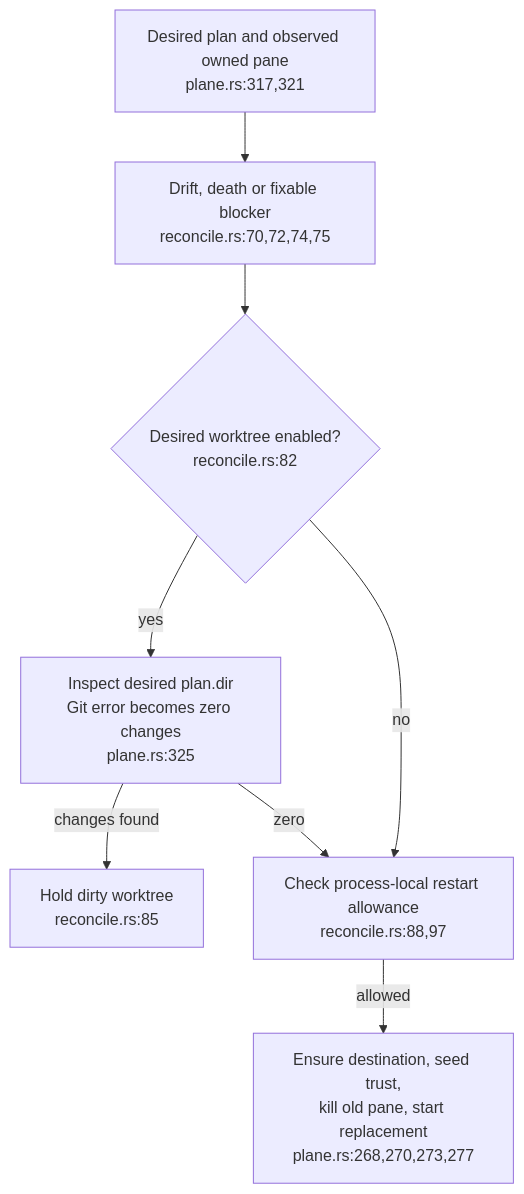
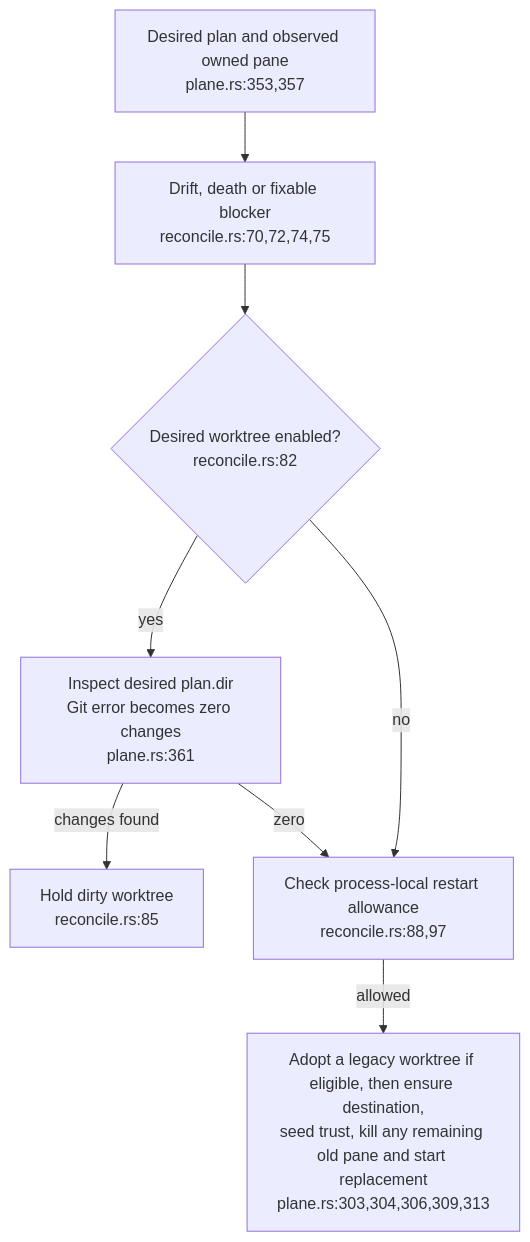
The first of 6 diagrams in docs/diagrams/agentbox/39-session-reconciliation-and-delivery.md (DreamLab-AI/VisionFlow), drawn with Mermaid before and after one commit. The commit also changed other lines of this file and 9 other files, not shown here.

````diff
--- a/docs/diagrams/agentbox/39-session-reconciliation-and-delivery.md
+++ b/docs/diagrams/agentbox/39-session-reconciliation-and-delivery.md
@@ -31,10 +32,10 @@
 ```mermaid
 flowchart TD
-    PLAN["Desired plan and observed owned pane<br/>plane.rs:317,321"] --> REASON["Drift, death or fixable blocker<br/>reconcile.rs:70,72,74,75"]
+    PLAN["Desired plan and observed owned pane<br/>plane.rs:353,357"] --> REASON["Drift, death or fixable blocker<br/>reconcile.rs:70,72,74,75"]
     REASON --> WT{"Desired worktree enabled?<br/>reconcile.rs:82"}
-    WT -->|yes| DIRTY["Inspect desired plan.dir<br/>Git error becomes zero changes<br/>plane.rs:325"]
+    WT -->|yes| DIRTY["Inspect desired plan.dir<br/>Git error becomes zero changes<br/>plane.rs:361"]
     DIRTY -->|changes found| HOLD["Hold dirty worktree<br/>reconcile.rs:85"]
     DIRTY -->|zero| BACK["Check process-local restart allowance<br/>reconcile.rs:88,97"]
     WT -->|no| BACK
-    BACK -->|allowed| START["Ensure destination, seed trust,<br/>kill old pane, start replacement<br/>plane.rs:268,270,273,277"]
+    BACK -->|allowed| START["Adopt a legacy worktree if eligible, then ensure destination,<br/>seed trust, kill any remaining old pane and start replacement<br/>plane.rs:303,304,306,309,313"]
 ```
````
